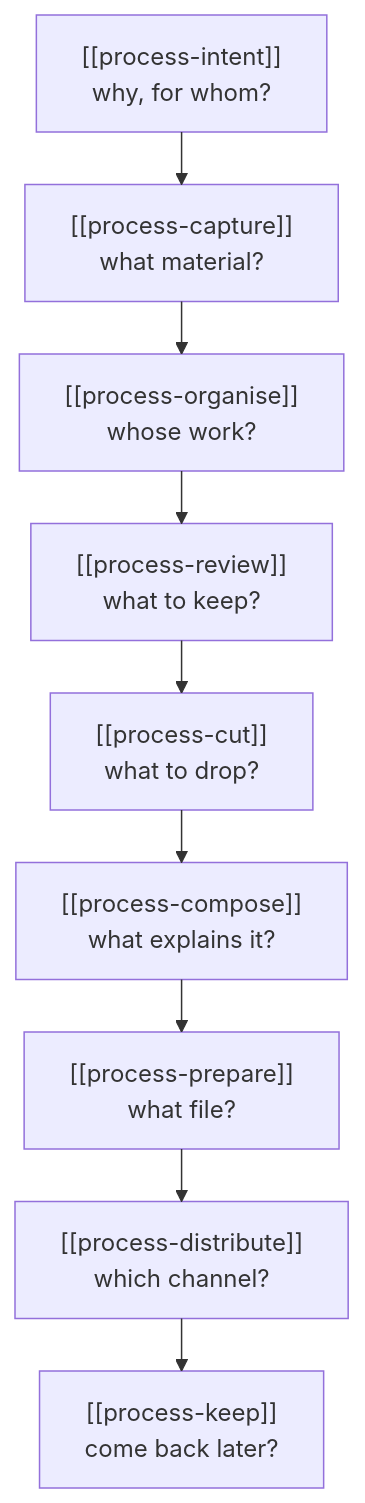
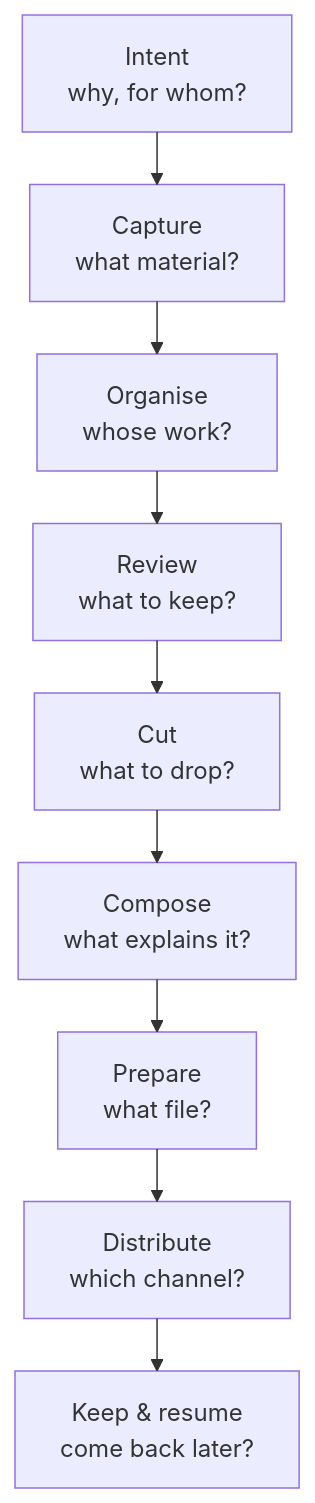
One commit to acs/democlip changed the second of 2 diagrams in docs/ontology/problem-domain.md. Above: the diagram before and after it, drawn with Mermaid. The commit also changed other lines of this file and 2 other files, not shown here.

Commit message:
docs: drop the literal [[id]] markup from the diagram labels
The node labels carried the ontology's reference syntax — [[creator]],
[[process-intent]] — which mermaid draws literally, so the diagrams read as
markup rather than words. They are the human names now. The tables beside
each diagram keep the [[id]] references, so the checker and the record are
unchanged (131 references, ok).

Two smaller clean-ups in the same pass: the actors diagram's edge labels are
spelled out again ("makes content for", "works with"), and the rules map's
"Span set" node — which was drawn but unconnected — is joined to the rule it
owns.

````diff
--- a/docs/ontology/problem-domain.md
+++ b/docs/ontology/problem-domain.md
@@ -55,12 +55,12 @@
 ```mermaid
 %%{init: {"layout": "elk"}}%%
 flowchart TB
-    intent["[[process-intent]]<br/>why, for whom?"] --> capture["[[process-capture]]<br/>what material?"]
-    capture --> organise["[[process-organise]]<br/>whose work?"]
-    organise --> review["[[process-review]]<br/>what to keep?"]
-    review --> cut["[[process-cut]]<br/>what to drop?"]
-    cut --> compose["[[process-compose]]<br/>what explains it?"]
-    compose --> prepare["[[process-prepare]]<br/>what file?"]
-    prepare --> distribute["[[process-distribute]]<br/>which channel?"]
-    distribute --> keep["[[process-keep]]<br/>come back later?"]
+    intent["Intent<br/>why, for whom?"] --> capture["Capture<br/>what material?"]
+    capture --> organise["Organise<br/>whose work?"]
+    organise --> review["Review<br/>what to keep?"]
+    review --> cut["Cut<br/>what to drop?"]
+    cut --> compose["Compose<br/>what explains it?"]
+    compose --> prepare["Prepare<br/>what file?"]
+    prepare --> distribute["Distribute<br/>which channel?"]
+    distribute --> keep["Keep & resume<br/>come back later?"]
 ```
````
